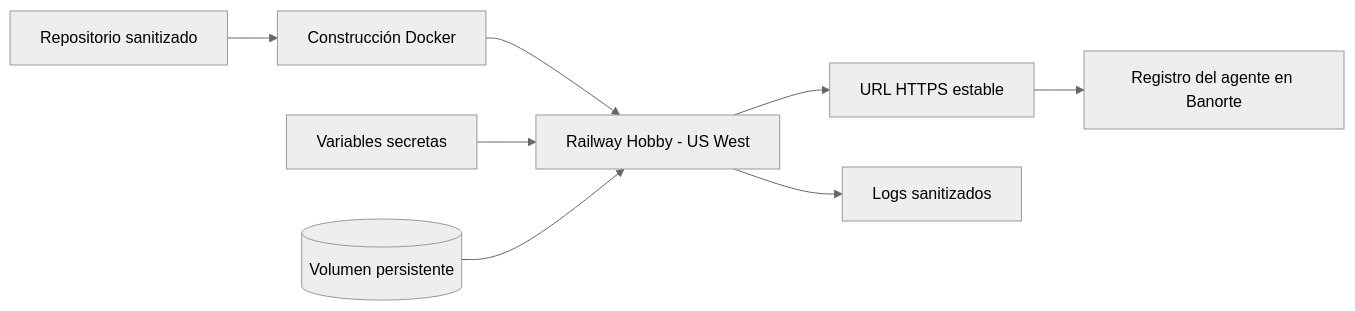
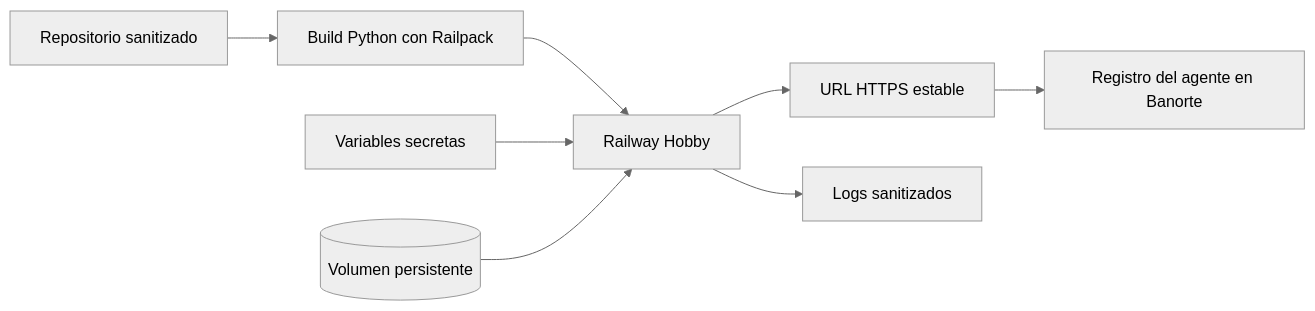
The fifth of 5 diagrams in docs/arquitectura.md (garay54/AgenteCV), drawn with Mermaid (neutral theme) before and after one commit. The commit also changed other lines of this file and 32 other files, not shown here.

````diff
--- a/docs/arquitectura.md
+++ b/docs/arquitectura.md
@@ -140,10 +144,10 @@
 ```mermaid
 flowchart LR
-    GH[Repositorio sanitizado] --> DK[Construcción Docker]
-    DK --> RW[Railway Hobby - US West]
+    GH[Repositorio sanitizado] --> RP[Build Python con Railpack]
+    RP --> RW[Railway Hobby]
     SEC[Variables secretas] --> RW
     VOL[(Volumen persistente)] --> RW
     RW --> URL[URL HTTPS estable]
     URL --> BN[Registro del agente en Banorte]
     RW --> LOG[Logs sanitizados]
 ```
````
